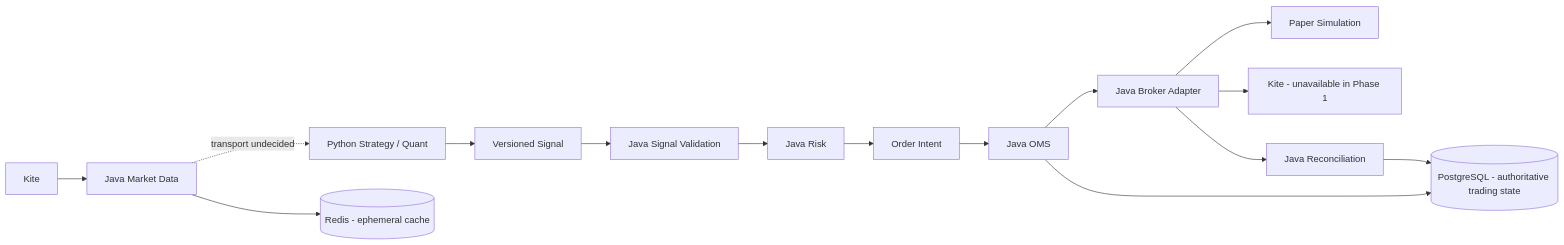
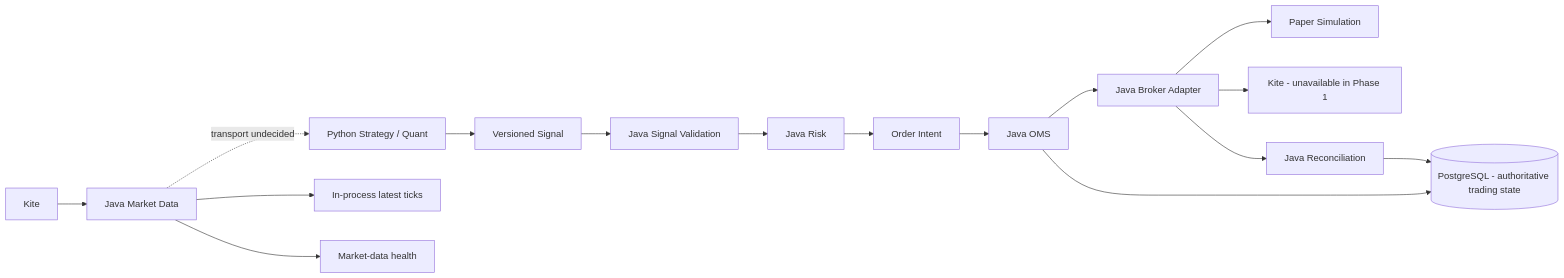
One commit to chandramketharajupalli/kite-hybrid-platform changed the diagram in docs/architecture/system-overview.md. Above: the diagram before and after it, drawn with Mermaid. The commit also changed other lines of this file and 47 other files, not shown here.

Commit message:
Implement Kite WebSocket market data foundation

````diff
--- a/docs/architecture/system-overview.md
+++ b/docs/architecture/system-overview.md
@@ -9,17 +11,18 @@
 ```mermaid
 flowchart LR
     Kite[Kite] --> MD[Java Market Data]
     MD -. transport undecided .-> Python[Python Strategy / Quant]
     Python --> Signal[Versioned Signal]
     Signal --> Validation[Java Signal Validation]
     Validation --> Risk[Java Risk]
     Risk --> Intent[Order Intent]
     Intent --> OMS[Java OMS]
     OMS --> Adapter[Java Broker Adapter]
     Adapter --> Paper[Paper Simulation]
     Adapter --> Live[Kite - unavailable in Phase 1]
     OMS --> PG[(PostgreSQL - authoritative trading state)]
     Adapter --> Reconcile[Java Reconciliation]
     Reconcile --> PG
-    MD --> Redis[(Redis - ephemeral cache)]
+    MD --> Latest[In-process latest ticks]
+    MD --> Freshness[Market-data health]
 ```
````
